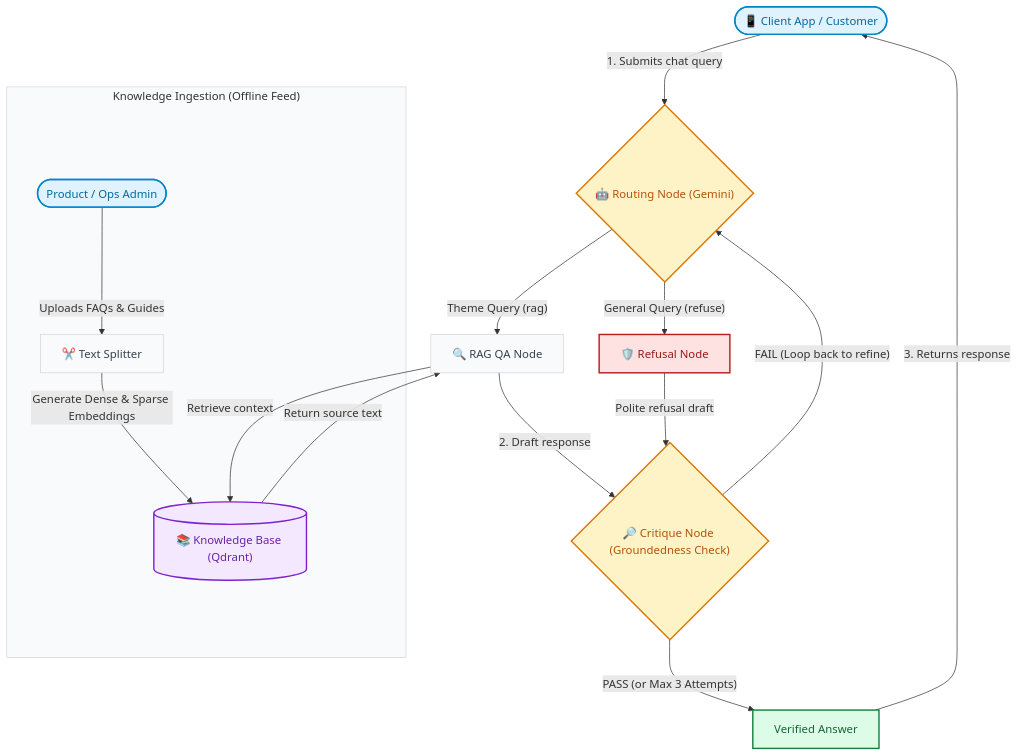
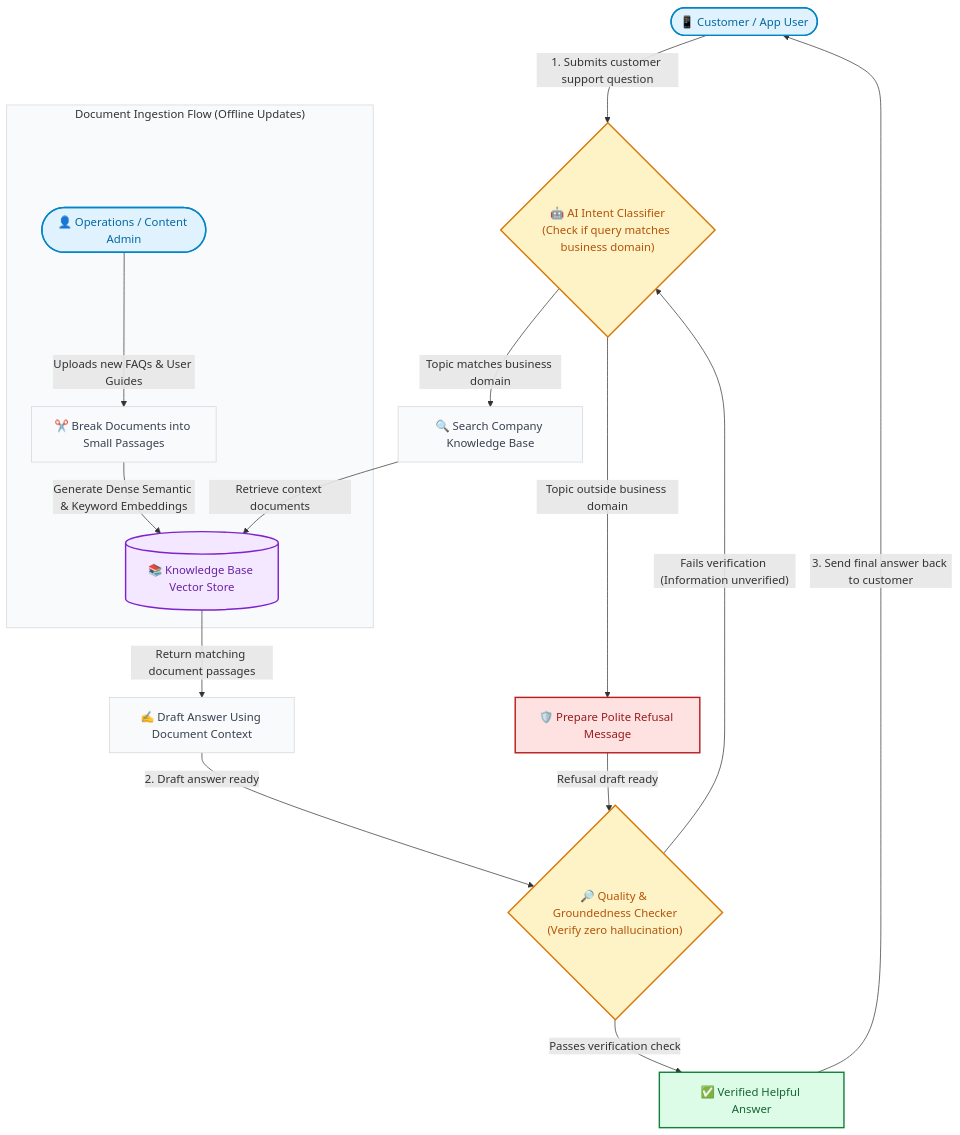
Before and after one commit to boycececil666gmailcom/fintech-rag-chatbot: the first of 3 diagrams in README.md, drawn with Mermaid. The commit also changed other lines of this file, not shown here.

Commit message:
docs: update README with detailed technical architecture, technology stack, and revised workflow diagrams.

````diff
--- a/README.md
+++ b/README.md
@@ -9,40 +39,40 @@
 ```mermaid
 flowchart TD
     %% Styling Node classes
     classDef client fill:#e0f2fe,stroke:#0284c7,stroke-width:2px,color:#0369a1;
     classDef router fill:#fef3c7,stroke:#d97706,stroke-width:2px,color:#b45309;
     classDef kb fill:#f3e8ff,stroke:#7e22ce,stroke-width:2px,color:#6b21a8;
     classDef reply fill:#dcfce7,stroke:#15803d,stroke-width:2px,color:#166534;
     classDef block fill:#fee2e2,stroke:#b91c1c,stroke-width:2px,color:#991b1b;
     classDef process fill:#f9fafb,stroke:#d1d5db,stroke-width:1px,color:#374151;
+
+    %% Client App / Customer Entry
+    Customer(["📱 Customer / App User"]):::client
     
-    %% Main customer interaction entry point
-    Client(["📱 Client App / Customer"]):::client
+    Customer -->|"1. Submits customer support question"| TopicCheck{"🤖 AI Intent Classifier<br/>(Check if query matches business domain)"}:::router
     
-    Client -->|"1. Submits chat query"| Routing{"🤖 Routing Node (Gemini)"}:::router
+    %% Routing Decision Branches
+    TopicCheck -->|"Topic matches business domain"| SearchKB["🔍 Search Company Knowledge Base"]:::process
+    TopicCheck -->|"Topic outside business domain"| DraftRefusal["🛡️ Prepare Polite Refusal Message"]:::block
     
-    %% Routing branches
-    Routing -->|"Theme Query (rag)"| QA["🔍 RAG QA Node"]:::process
-    Routing -->|"General Query (refuse)"| Refusal["🛡️ Refusal Node"]:::block
+    %% Knowledge Base Search
+    SearchKB -->|"Retrieve context documents"| KnowledgeBase[("📚 Knowledge Base Vector Store")]:::kb
+    KnowledgeBase -->|"Return matching document passages"| GenerateAnswer["✍️ Draft Answer Using Document Context"]:::process
     
-    %% Qdrant DB Retrieval
-    QA -->|"Retrieve context"| DB[("📚 Knowledge Base (Qdrant)")]:::kb
-    DB -->|"Return source text"| QA
+    %% Quality Control Check
+    GenerateAnswer -->|"2. Draft answer ready"| QualityCheck{"🔎 Quality & Groundedness Checker<br/>(Verify zero hallucination)"}:::router
+    DraftRefusal -->|"Refusal draft ready"| QualityCheck
     
-    %% Critique verification
-    QA -->|"2. Draft response"| Critique{"🔎 Critique Node (Groundedness Check)"}:::router
-    Refusal -->|"Polite refusal draft"| Critique
+    %% Quality Outcomes
+    QualityCheck -->|"Passes verification check"| FinalAnswer["✅ Verified Helpful Answer"]:::reply
+    QualityCheck -->|"Fails verification (Information unverified)"| TopicCheck
     
-    %% Critique outcomes
-    Critique -->|"PASS (or Max 3 Attempts)"| VerifiedReply["Verified Answer"]:::reply
-    Critique -->|"FAIL (Loop back to refine)"| Routing
-    
-    VerifiedReply -->|"3. Returns response"| Client
+    FinalAnswer -->|"3. Send final answer back to customer"| Customer
     
     %% Ingestion background flow
-    subgraph Ingestion ["Knowledge Ingestion (Offline Feed)"]
-        style Ingestion fill:#f9fafb,stroke:#d1d5db,stroke-width:1px;
-        Admin(["Product / Ops Admin"]):::client -->|"Uploads FAQs & Guides"| Split["✂️ Text Splitter"]:::process
-        Split -->|"Generate Dense & Sparse Embeddings"| DB
+    subgraph DocumentIngestion ["Document Ingestion Flow (Offline Updates)"]
+        style DocumentIngestion fill:#f9fafb,stroke:#d1d5db,stroke-width:1px;
+        OpsAdmin(["👤 Operations / Content Admin"]):::client -->|"Uploads new FAQs & User Guides"| TextSplitter["✂️ Break Documents into Small Passages"]:::process
+        TextSplitter -->|"Generate Dense Semantic & Keyword Embeddings"| KnowledgeBase
     end
 ```
````
